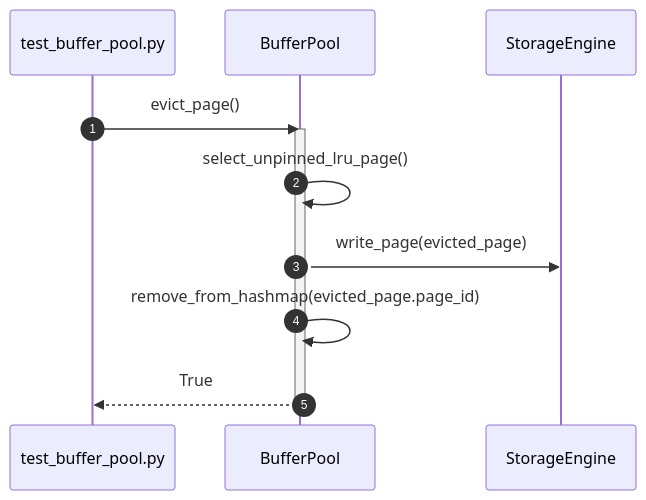
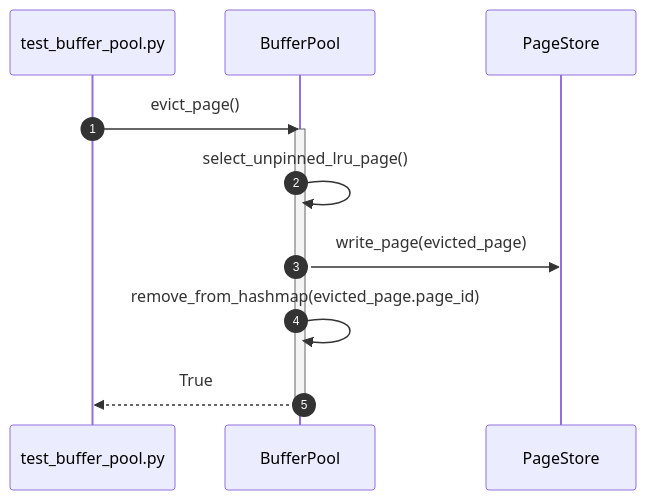
Before and after one commit to taitran501/DBMS: the seventh of 56 diagrams in diagrams/sequence/storage_engine.md, drawn with Mermaid. The commit also changed other lines of this file and 5 other files, not shown here.

Commit message:
test: define buffer pool and Storage Engine

````diff
--- a/diagrams/sequence/storage_engine.md
+++ b/diagrams/sequence/storage_engine.md
@@ -106,15 +106,15 @@
 ```mermaid
 sequenceDiagram
     autonumber
     participant Test as test_buffer_pool.py
     participant SUT as BufferPool
-    participant StorageEngine as StorageEngine
+    participant PageStore as PageStore
 
     Test->>SUT: evict_page()
     activate SUT
     SUT->>SUT: select_unpinned_lru_page()
-    SUT->>StorageEngine: write_page(evicted_page)
+    SUT->>PageStore: write_page(evicted_page)
     SUT->>SUT: remove_from_hashmap(evicted_page.page_id)
     SUT-->>Test: True
     deactivate SUT
 ```
````
